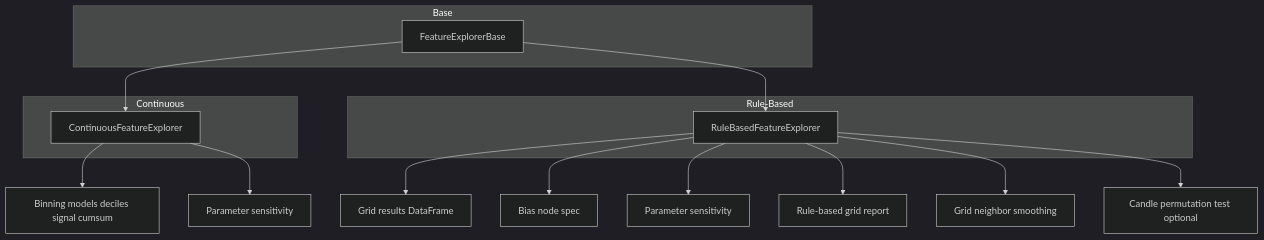
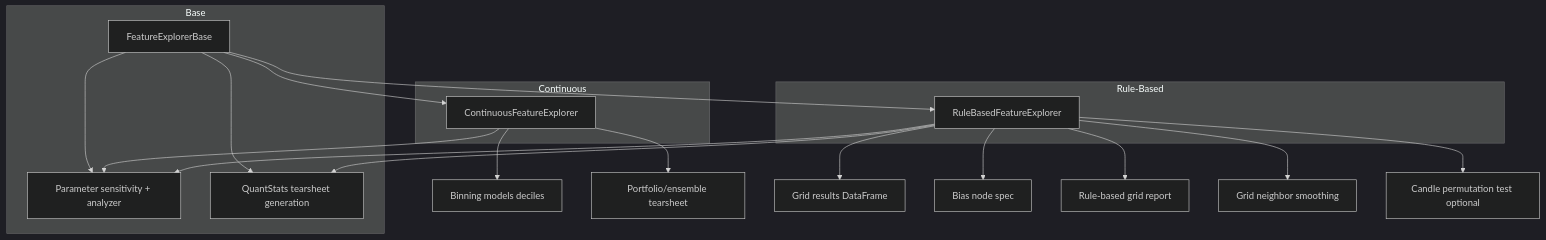
The diagram in docs/to-do/feature_explorer_variants_specs.md (ramanthind02/Trading-Algo), drawn with Mermaid (dark theme) before and after one commit. The commit also changed other lines of this file and 31 other files, not shown here.

````diff
--- a/docs/to-do/feature_explorer_variants_specs.md
+++ b/docs/to-do/feature_explorer_variants_specs.md
@@ -45,22 +50,28 @@
 ```mermaid
 flowchart TB
   subgraph base [Base]
     FE_Base[FeatureExplorerBase]
+    ParamSens[Parameter sensitivity + analyzer]
+    Tearsheet[QuantStats tearsheet generation]
   end
   subgraph continuous [Continuous]
     ContinuousFE[ContinuousFeatureExplorer]
   end
   subgraph rulebased [Rule-Based]
     RuleBasedFE[RuleBasedFeatureExplorer]
   end
   FE_Base --> ContinuousFE
   FE_Base --> RuleBasedFE
-  ContinuousFE --> Binning[Binning models deciles signal cumsum]
-  ContinuousFE --> ParamSensC[Parameter sensitivity]
+  FE_Base --> ParamSens
+  FE_Base --> Tearsheet
+  ContinuousFE --> Binning[Binning models deciles]
+  ContinuousFE --> ParamSens
+  ContinuousFE --> PortfolioTearsheet[Portfolio/ensemble tearsheet]
   RuleBasedFE --> GridResults[Grid results DataFrame]
   RuleBasedFE --> BiasSpec[Bias node spec]
-  RuleBasedFE --> ParamSensR[Parameter sensitivity]
+  RuleBasedFE --> ParamSens
   RuleBasedFE --> GridReport[Rule-based grid report]
   RuleBasedFE --> NeighborSmooth[Grid neighbor smoothing]
   RuleBasedFE --> CandlePerm[Candle permutation test optional]
+  RuleBasedFE --> Tearsheet
 ```
````
